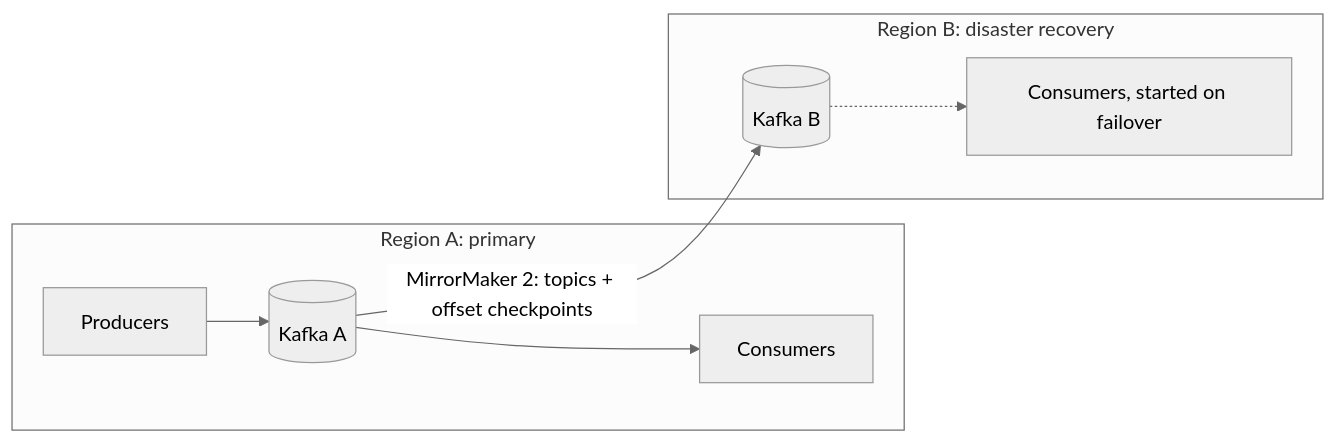
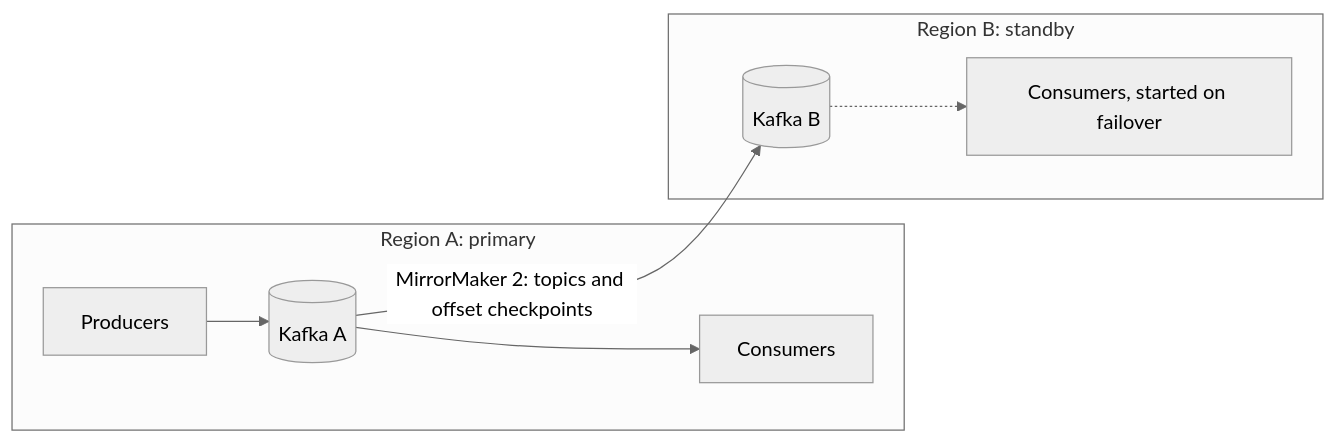
Before and after one commit to jubin-techwiz/learning: the second of 2 diagrams in notes/02-messaging/02-kafka/18-multi-cluster-disaster-recovery.md, drawn with Mermaid (neutral theme). The commit also changed other lines of this file and 37 other files, not shown here.

````diff
--- a/notes/02-messaging/02-kafka/18-multi-cluster-disaster-recovery.md
+++ b/notes/02-messaging/02-kafka/18-multi-cluster-disaster-recovery.md
@@ -43,13 +69,13 @@
 ```mermaid
 flowchart LR
     subgraph A[Region A: primary]
         PA[Producers] --> KA[(Kafka A)]
         KA --> CA[Consumers]
     end
-    subgraph B[Region B: disaster recovery]
+    subgraph B[Region B: standby]
         KB[(Kafka B)]
         CB[Consumers, started on failover]
     end
-    KA -->|MirrorMaker 2: topics + offset checkpoints| KB
+    KA -->|MirrorMaker 2: topics and offset checkpoints| KB
     KB -.-> CB
 ```
````
